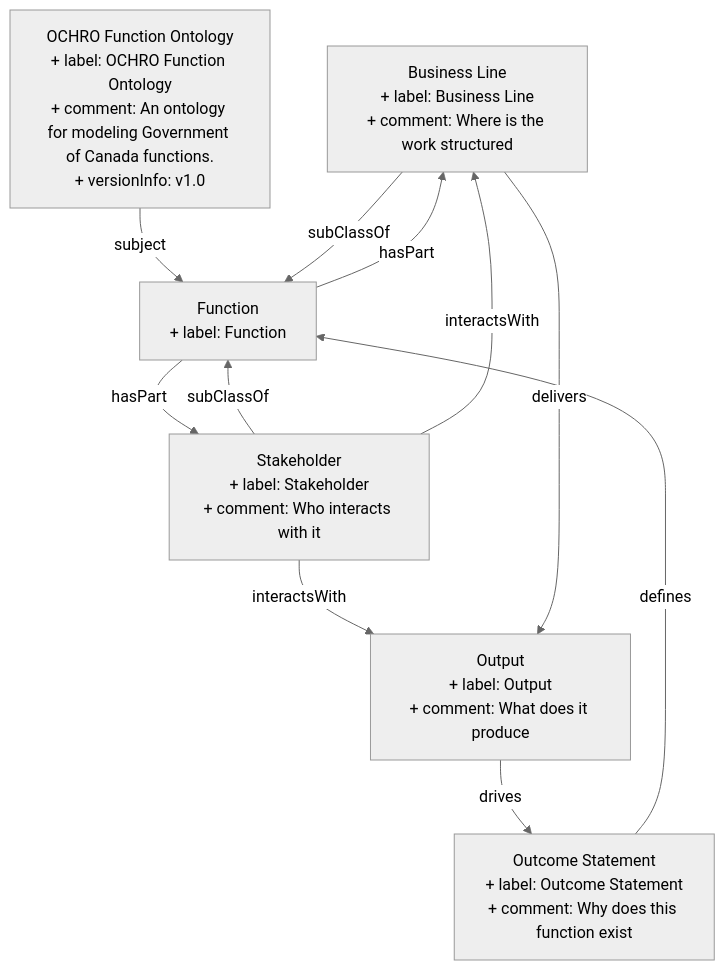
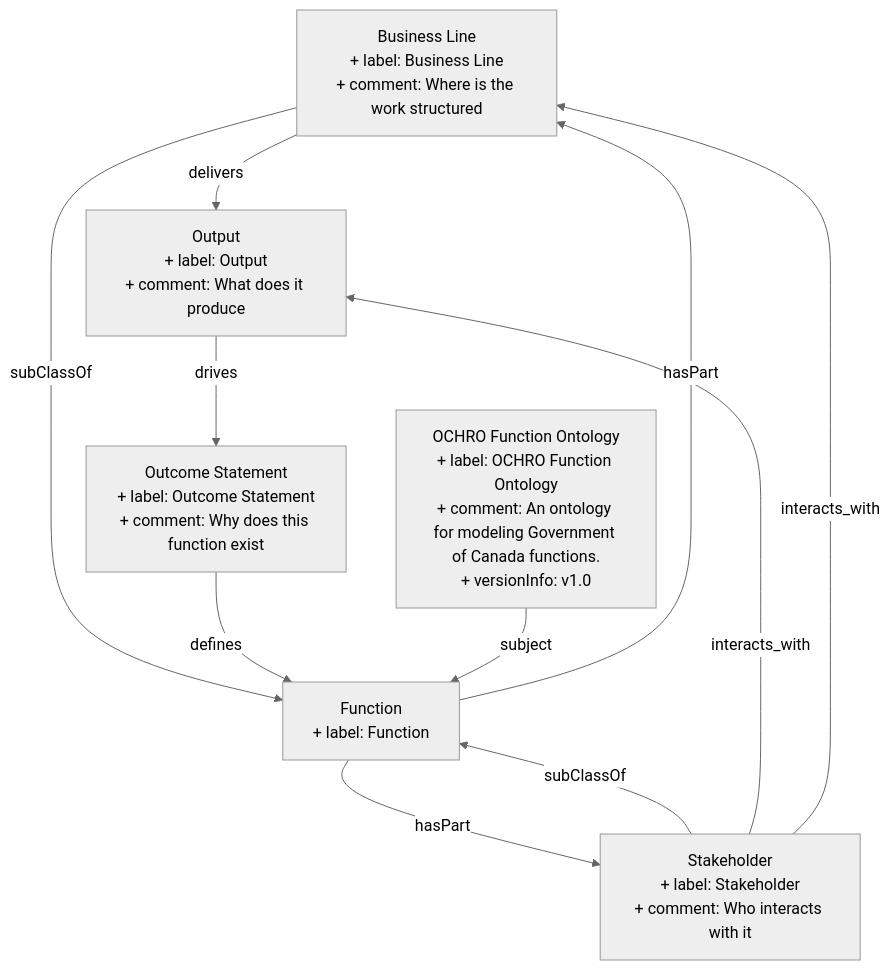
The diagram in content/business_line.md (heidingaway/heidi2), drawn with Mermaid (neutral theme) before and after one commit. The commit also changed other lines of this file and 318 other files, not shown here.

````diff
--- a/content/business_line.md
+++ b/content/business_line.md
@@ -29,19 +30,19 @@
 ```mermaid
 graph TD
   Business_Line["Business Line<br>+ label: Business Line<br>+ comment: Where is the work structured"]:::current-page-node
   Function["Function<br>+ label: Function"]
   Output["Output<br>+ label: Output<br>+ comment: What does it produce"]
   Stakeholder["Stakeholder<br>+ label: Stakeholder<br>+ comment: Who interacts with it"]
+  OCHRO_Function_Ontology["OCHRO Function Ontology<br>+ label: OCHRO Function Ontology<br>+ comment: An ontology for modeling Government of Canada functions.<br>+ versionInfo: v1.0"]
   Outcome_Statement["Outcome Statement<br>+ label: Outcome Statement<br>+ comment: Why does this function exist"]
-  OCHRO_Function_Ontology["OCHRO Function Ontology<br>+ label: OCHRO Function Ontology<br>+ comment: An ontology for modeling Government of Canada functions.<br>+ versionInfo: v1.0"]
+  Stakeholder-->|" subClassOf "|Function
+  Business_Line-->|" delivers "|Output
+  Business_Line-->|" subClassOf "|Function
+  Function-->|" hasPart "|Stakeholder
+  Outcome_Statement-->|" defines "|Function
+  Function-->|" hasPart "|Business_Line
+  Stakeholder-->|" interacts_with "|Output
+  OCHRO_Function_Ontology-->|" subject "|Function
   Output-->|" drives "|Outcome_Statement
-  Stakeholder-->|" subClassOf "|Function
-  Function-->|" hasPart "|Business_Line
-  Stakeholder-->|" interactsWith "|Output
-  Stakeholder-->|" interactsWith "|Business_Line
-  Outcome_Statement-->|" defines "|Function
-  OCHRO_Function_Ontology-->|" subject "|Function
-  Function-->|" hasPart "|Stakeholder
-  Business_Line-->|" subClassOf "|Function
-  Business_Line-->|" delivers "|Output
+  Stakeholder-->|" interacts_with "|Business_Line
 ```
````
